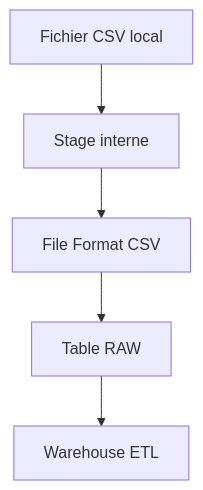
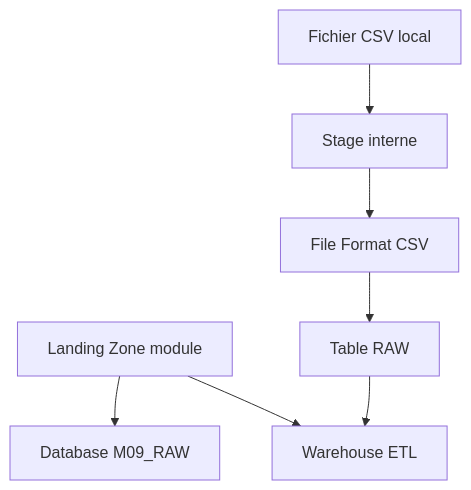
One commit to msellamiTN/Snowflake-terraform changed the second of 2 diagrams in courses/day-03/module-09-snowflake-advanced/lab.md. Above: the diagram before and after it, drawn with Mermaid. The commit also changed other lines of this file and 169 other files, not shown here.

````diff
--- a/courses/day-03/module-09-snowflake-advanced/lab.md
+++ b/courses/day-03/module-09-snowflake-advanced/lab.md
@@ -47,7 +53,9 @@
 ```mermaid
 flowchart TD
+    LZ[Landing Zone module] --> DB[Database M09_RAW]
+    LZ --> WH[Warehouse ETL]
     FILE[Fichier CSV local] --> STAGE[Stage interne]
-    STAGE --> PIPE[File Format CSV]
-    PIPE --> TABLE[Table RAW]
-    TABLE --> WH[Warehouse ETL]
+    STAGE --> FF[File Format CSV]
+    FF --> TABLE[Table RAW]
+    TABLE --> WH
 ```
````
